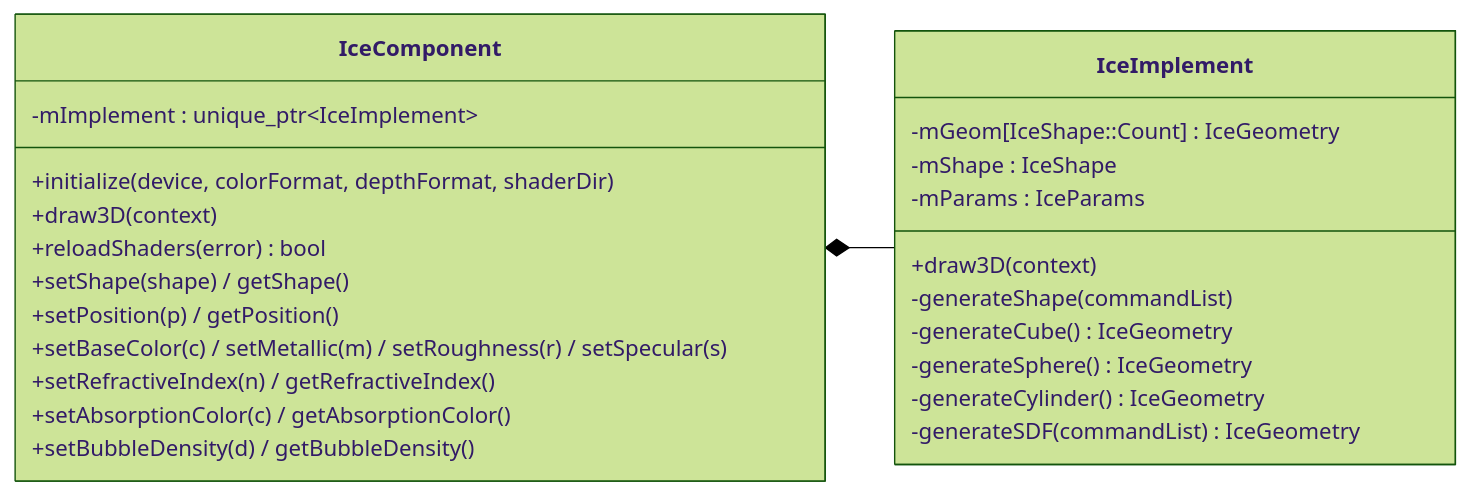
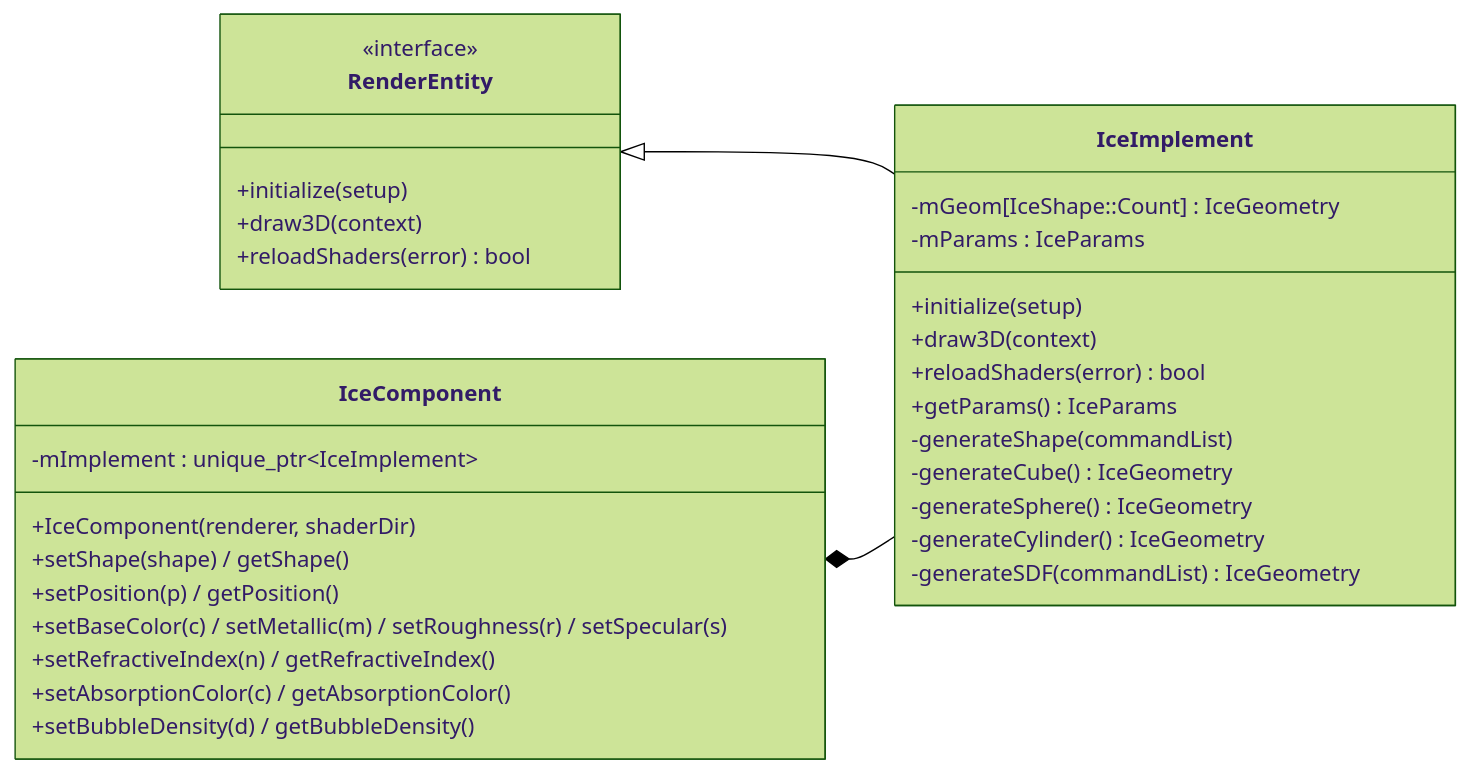
Before and after one commit to HayatoOtsuki/Test: the second of 3 diagrams in docs/DESIGN.md, drawn with Mermaid (forest theme). The commit also changed other lines of this file and 12 other files, not shown here.

First line of the commit message:
refactor(ice): move draw entry points into IceImplement

````diff
--- a/docs/DESIGN.md
+++ b/docs/DESIGN.md
@@ -95,28 +99,35 @@
 ```mermaid
 classDiagram
     direction LR
-    class IceComponent {
-        +initialize(device, colorFormat, depthFormat, shaderDir)
+    class RenderEntity {
+        <<interface>>
+        +initialize(setup)
         +draw3D(context)
         +reloadShaders(error) bool
+    }
+    class IceComponent {
+        +IceComponent(renderer, shaderDir)
         +setShape(shape) / getShape()
         +setPosition(p) / getPosition()
         +setBaseColor(c) / setMetallic(m) / setRoughness(r) / setSpecular(s)
         +setRefractiveIndex(n) / getRefractiveIndex()
         +setAbsorptionColor(c) / getAbsorptionColor()
         +setBubbleDensity(d) / getBubbleDensity()
         -mImplement : unique_ptr~IceImplement~
     }
     class IceImplement {
+        +initialize(setup)
         +draw3D(context)
+        +reloadShaders(error) bool
+        +getParams() IceParams
         -generateShape(commandList)
         -generateCube() IceGeometry
         -generateSphere() IceGeometry
         -generateCylinder() IceGeometry
         -generateSDF(commandList) IceGeometry
         -mGeom[IceShape::Count] : IceGeometry
-        -mShape : IceShape
         -mParams : IceParams
     }
+    RenderEntity <|-- IceImplement
     IceComponent *-- IceImplement
 ```
````
